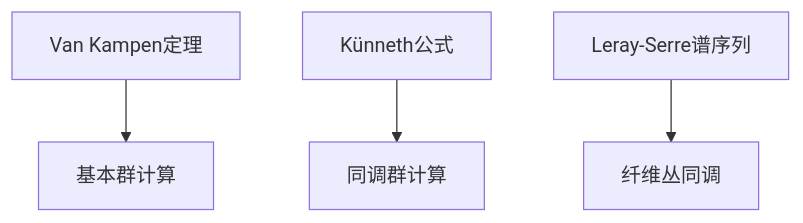
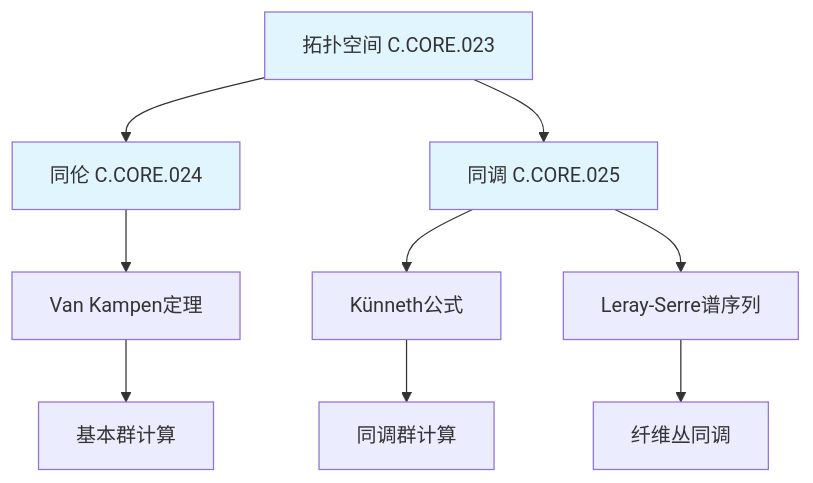
Before and after one commit to AdaMartin18010/FormalMath: diagram 12 of 15 in concept/05-知识关联网络/02-定理级关联网络.md, drawn with Mermaid. The commit also changed other lines of this file and 45 other files, not shown here.

````diff
--- a/concept/05-知识关联网络/02-定理级关联网络.md
+++ b/concept/05-知识关联网络/02-定理级关联网络.md
@@ -475,6 +528,15 @@
 ```mermaid
 graph TD
     A[Van Kampen定理] --> B[基本群计算]
     C[Künneth公式] --> D[同调群计算]
     E[Leray-Serre谱序列] --> F[纤维丛同调]
+    G[拓扑空间 C.CORE.023] --> H[同伦 C.CORE.024]
+    H --> A
+    G --> I[同调 C.CORE.025]
+    I --> C
+    I --> E
+
+    style G fill:#e1f5ff
+    style H fill:#e1f5ff
+    style I fill:#e1f5ff
 ```
````
